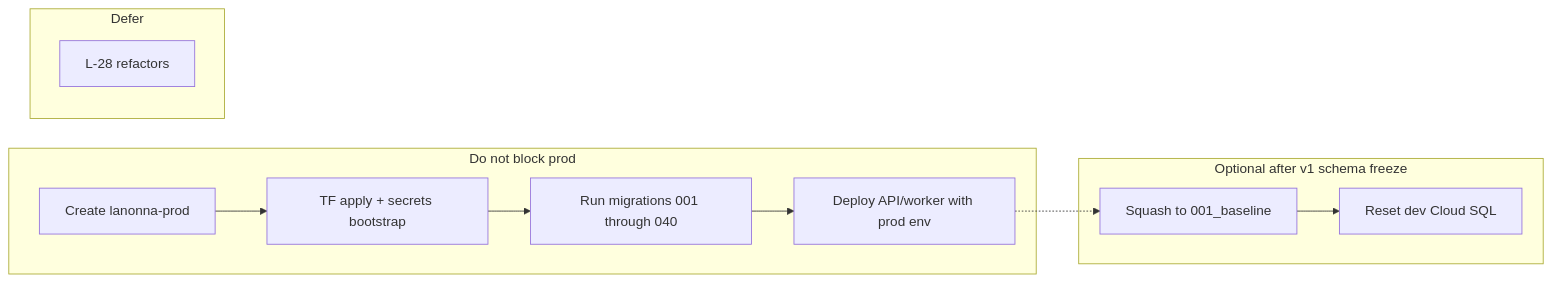
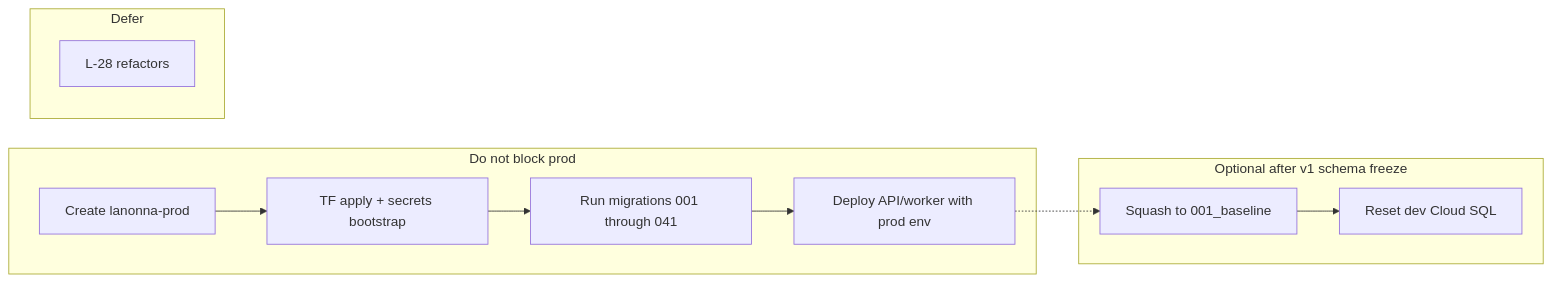
Before and after one commit to dipan0saha/lanonna_app: the diagram in docs/engineering/pre-prod-consolidation.md, drawn with Mermaid. The commit also changed other lines of this file and 25 other files, not shown here.

````diff
--- a/docs/engineering/pre-prod-consolidation.md
+++ b/docs/engineering/pre-prod-consolidation.md
@@ -20,18 +37,18 @@
 ```mermaid
 flowchart LR
   subgraph now [Do not block prod]
     A[Create lanonna-prod]
     B[TF apply + secrets bootstrap]
-    C[Run migrations 001 through 040]
+    C[Run migrations 001 through 041]
     D[Deploy API/worker with prod env]
   end
   subgraph optional [Optional after v1 schema freeze]
     E[Squash to 001_baseline]
     F[Reset dev Cloud SQL]
   end
   subgraph defer [Defer]
     G[L-28 refactors]
   end
   A --> B --> C --> D
   D -.-> E --> F
 ```
````
